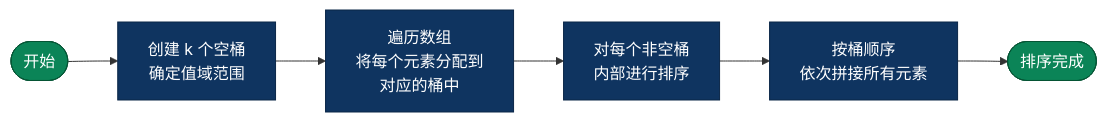
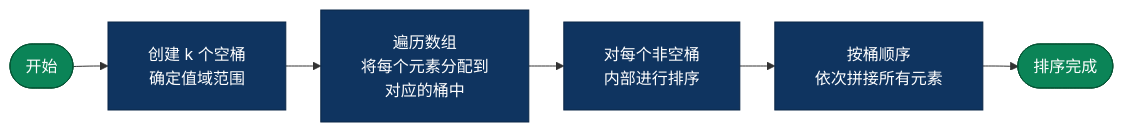
Before and after one commit to microwind/algorithms: diagram 12 of 14 in sorting/AI-Era-Top-10-Sorting-Algorithms.md, drawn with Mermaid. The commit also changed other lines of this file and 3 other files, not shown here.

````diff
--- a/sorting/AI-Era-Top-10-Sorting-Algorithms.md
+++ b/sorting/AI-Era-Top-10-Sorting-Algorithms.md
@@ -755,14 +757,15 @@
 ```mermaid
+%%{init: {'flowchart': {'nodeSpacing': 15, 'rankSpacing': 35, 'padding': 20}}}%%
 graph LR
     S(["开始"]) --> INIT["创建 k 个空桶\n确定值域范围"]
     INIT --> DIST["遍历数组\n将每个元素分配到\n对应的桶中"]
     DIST --> SORT["对每个非空桶\n内部进行排序"]
     SORT --> CONCAT["按桶顺序\n依次拼接所有元素"]
     CONCAT --> END(["排序完成"])
 
     classDef start fill:#0b8457,color:#fff,stroke:#065535
     classDef process fill:#0f3460,color:#fff,stroke:#0a2647
 
     class S,END start
     class INIT,DIST,SORT,CONCAT process
 ```
````
